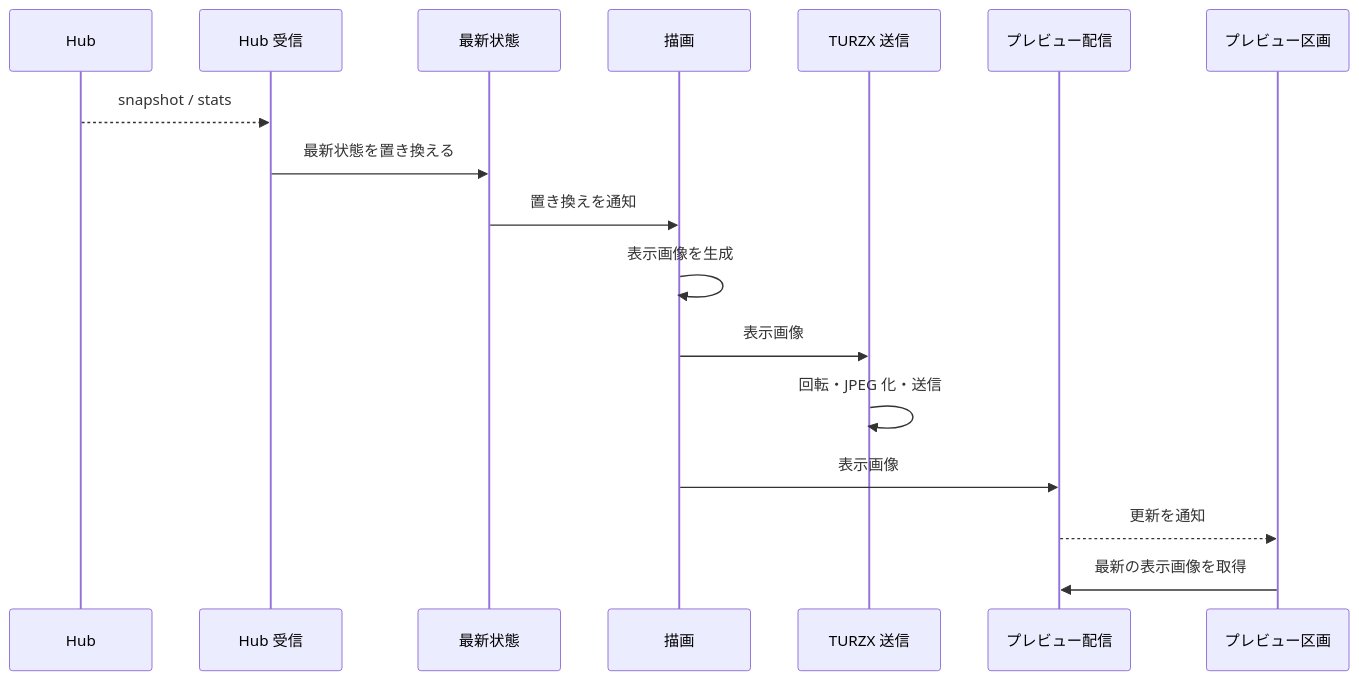
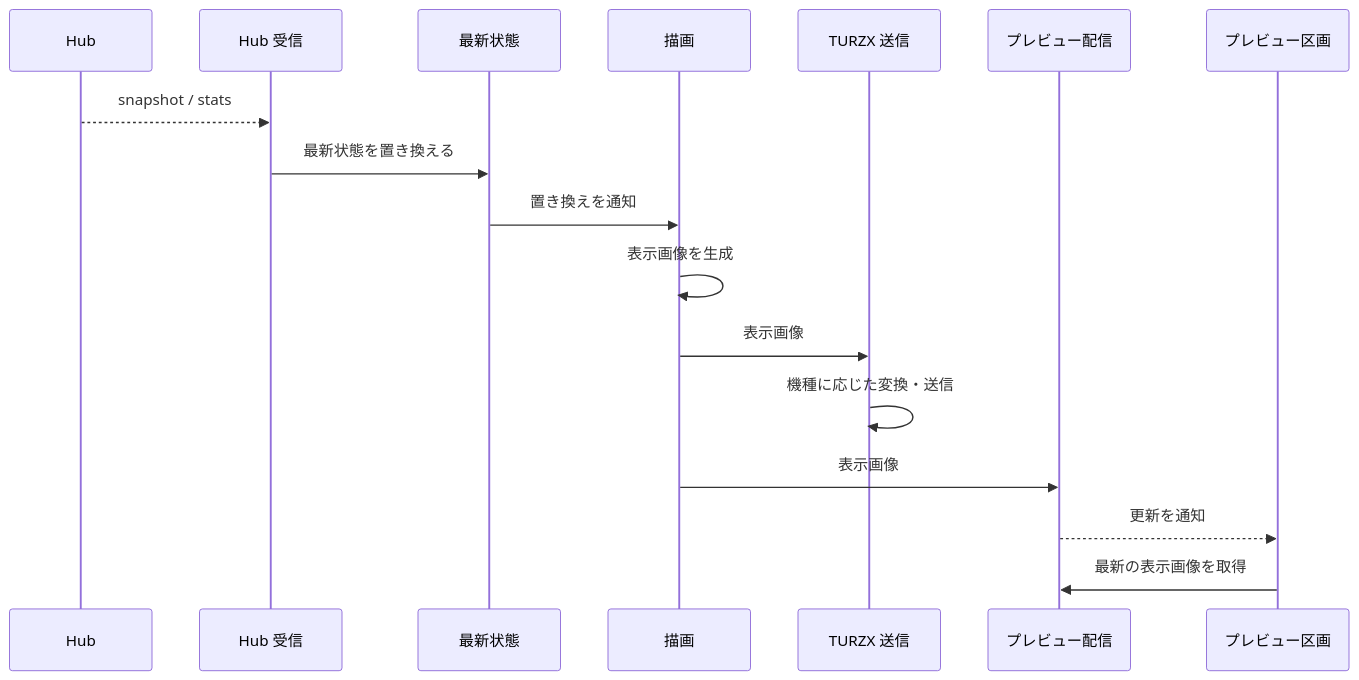
Before and after one commit to nuitsjp/token-dashboard: the diagram in docs/design/UCP-1.md, drawn with Mermaid. The commit also changed other lines of this file and 41 other files, not shown here.

````diff
--- a/docs/design/UCP-1.md
+++ b/docs/design/UCP-1.md
@@ -16,19 +17,19 @@
 ```mermaid
 sequenceDiagram
   participant Hub as Hub
   participant R as Hub 受信
   participant St as 最新状態
   participant D as 描画
   participant T as TURZX 送信
   participant P as プレビュー配信
   participant UI as プレビュー区画
   Hub-->>R: snapshot / stats
   R->>St: 最新状態を置き換える
   St->>D: 置き換えを通知
   D->>D: 表示画像を生成
   D->>T: 表示画像
-  T->>T: 回転・JPEG 化・送信
+  T->>T: 機種に応じた変換・送信
   D->>P: 表示画像
   P-->>UI: 更新を通知
   UI->>P: 最新の表示画像を取得
 ```
````
